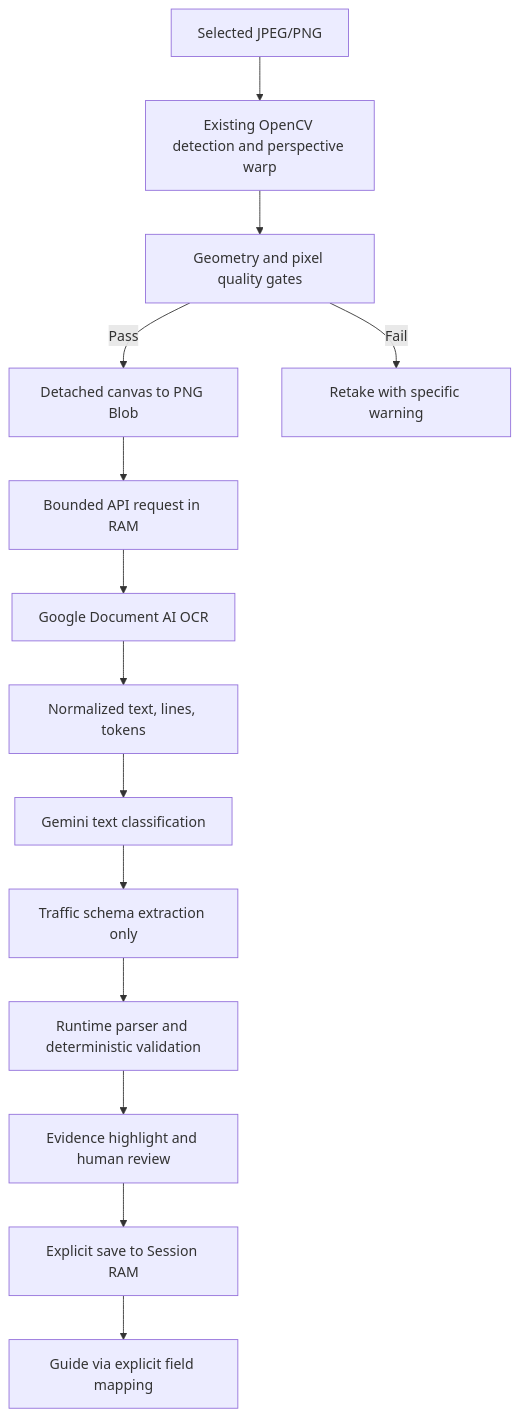
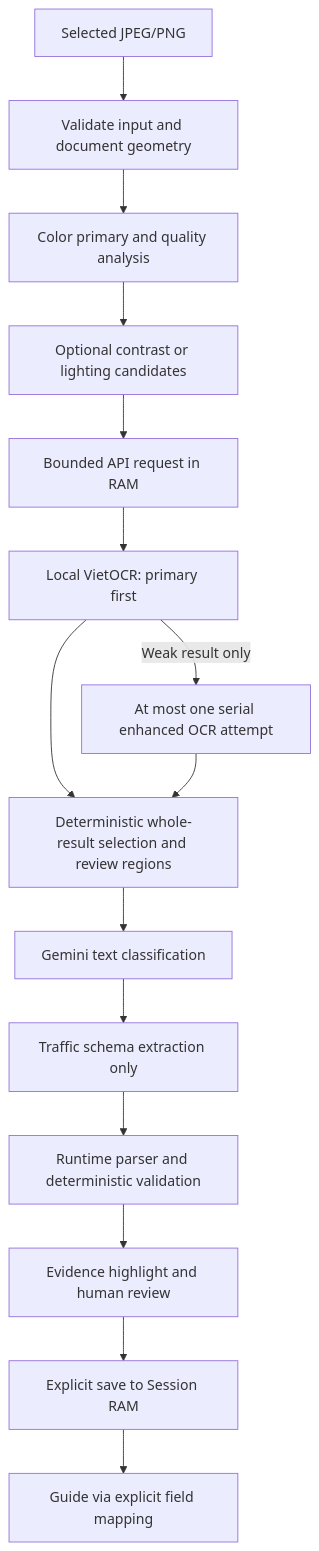
Before and after one commit to n22tk05/AFL-Platform: the diagram in docs/DOCUMENT-EXTRACTION.md, drawn with Mermaid. The commit also changed other lines of this file and 28 other files, not shown here.

````diff
--- a/docs/DOCUMENT-EXTRACTION.md
+++ b/docs/DOCUMENT-EXTRACTION.md
@@ -152,16 +154,17 @@
 ```mermaid
 flowchart TD
-  A[Selected JPEG/PNG] --> B[Existing OpenCV detection and perspective warp]
-  B --> C[Geometry and pixel quality gates]
-  C -->|Pass| D[Detached canvas to PNG Blob]
-  C -->|Fail| E[Retake with specific warning]
+  A[Selected JPEG/PNG] --> B[Validate input and document geometry]
+  B --> C[Color primary and quality analysis]
+  C --> D[Optional contrast or lighting candidates]
   D --> F[Bounded API request in RAM]
-  F --> G[Google Document AI OCR]
-  G --> H[Normalized text, lines, tokens]
+  F --> G[Local VietOCR: primary first]
+  G -->|Weak result only| R[At most one serial enhanced OCR attempt]
+  G --> H[Deterministic whole-result selection and review regions]
+  R --> H
   H --> I[Gemini text classification]
   I --> J[Traffic schema extraction only]
   J --> K[Runtime parser and deterministic validation]
   K --> L[Evidence highlight and human review]
   L --> M[Explicit save to Session RAM]
   M --> N[Guide via explicit field mapping]
 ```
````
